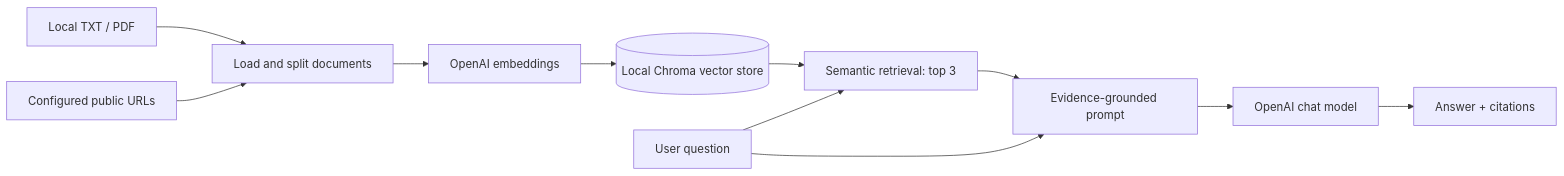
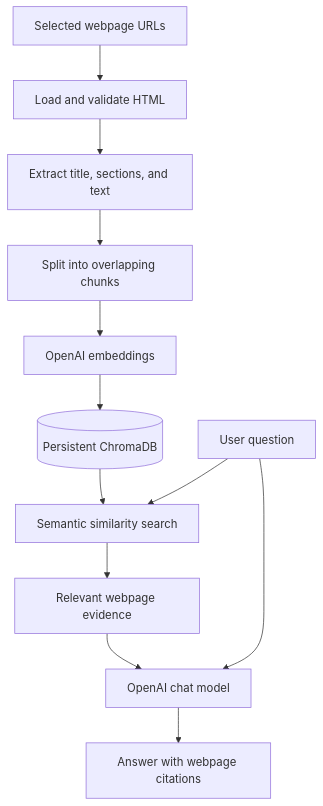
One commit to KaushalChandrasekar/enterprise-knowledge-assistant changed the diagram in README.md. Above: the diagram before and after it, drawn with Mermaid. The commit also changed other lines of this file and 6 other files, not shown here.

````diff
--- a/README.md
+++ b/README.md
@@ -19,13 +20,14 @@
 ```mermaid
-flowchart LR
-    A[Local TXT / PDF] --> C[Load and split documents]
-    B[Configured public URLs] --> C
-    C --> D[OpenAI embeddings]
-    D --> E[(Local Chroma vector store)]
-    F[User question] --> G[Semantic retrieval: top 3]
-    E --> G
-    G --> H[Evidence-grounded prompt]
+flowchart TD
+    A[Selected webpage URLs] --> B[Load and validate HTML]
+    B --> C[Extract title, sections, and text]
+    C --> D[Split into overlapping chunks]
+    D --> E[OpenAI embeddings]
+    E --> F[(Persistent ChromaDB)]
+    G[User question] --> H[Semantic similarity search]
     F --> H
-    H --> I[OpenAI chat model]
-    I --> J[Answer + citations]
+    H --> I[Relevant webpage evidence]
+    I --> J[OpenAI chat model]
+    G --> J
+    J --> K[Answer with webpage citations]
 ```
````
